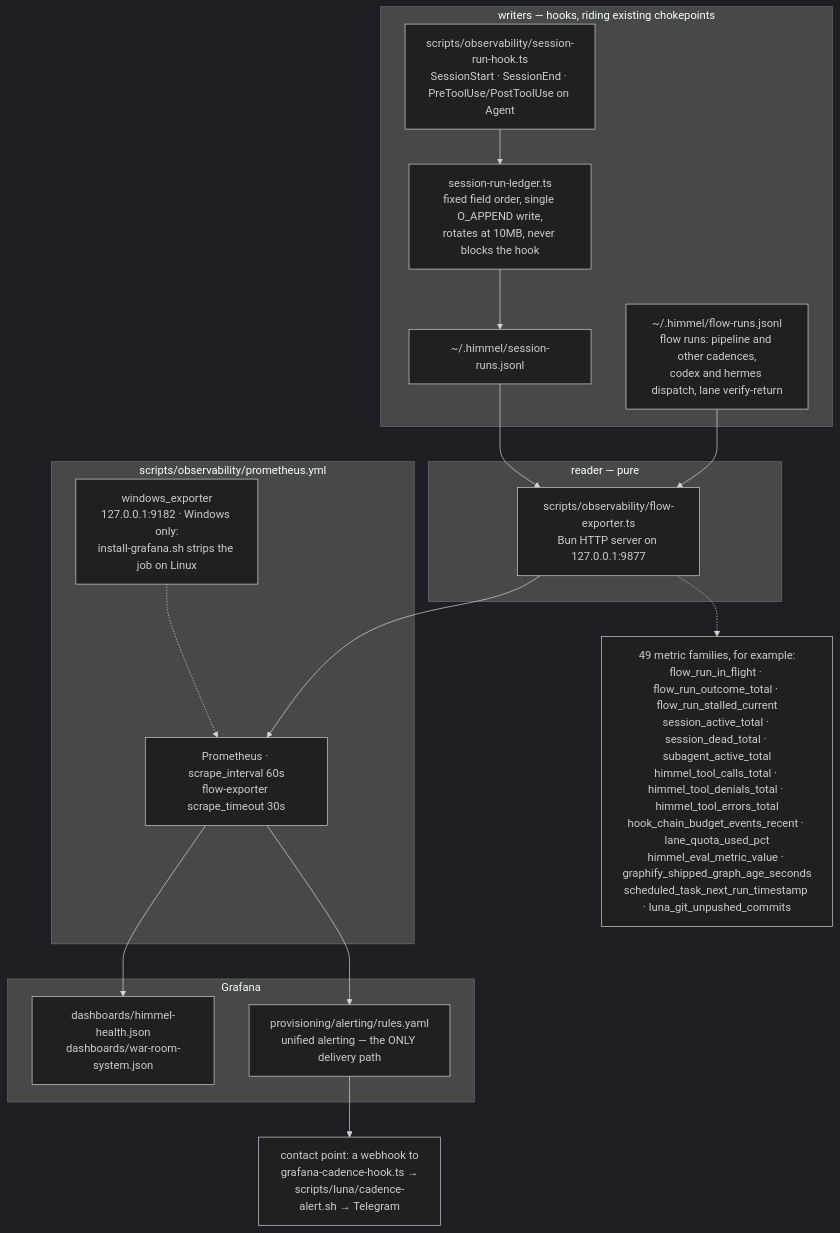
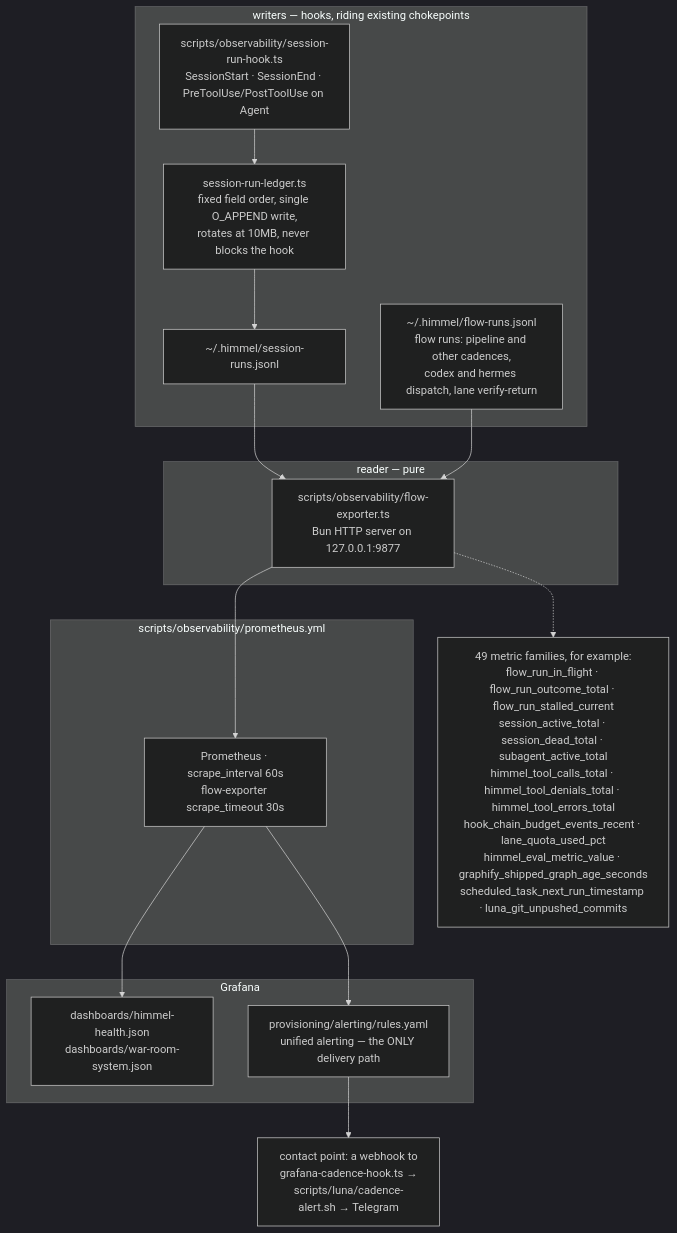
One commit to yotamleo-org/Himmel changed the fifth of 5 diagrams in docs/architecture.md. Above: the diagram before and after it, drawn with Mermaid (dark theme). The commit also changed 2 other files, not shown here.

Commit message:
docs: [HIMMEL-7481] configuration, architecture and end-session-wiki name only what is true today
Wave E of the docs truth audit. configuration.md: section 2.3 says every
typed auto op needs the global operator and which ops =1/all enables;
section 2.4 presents the external lanes as dormant, drops the GLM node and
the removed push-URL tripwire; Windows, PowerShell and schtasks mentions,
the dead GLM knobs and the GLM graphify opt-in are gone. architecture.md
drops the Windows-only exporter node. end-session-wiki.md drops the
PowerShell and Windows path guidance and names Claude 5 models.

````diff
--- a/docs/architecture.md
+++ b/docs/architecture.md
@@ -278,34 +278,32 @@
 ```mermaid
 flowchart TD
     subgraph WRITE["writers — hooks, riding existing chokepoints"]
         HK["scripts/observability/session-run-hook.ts<br/>SessionStart · SessionEnd · PreToolUse/PostToolUse on Agent"]
         SL["session-run-ledger.ts<br/>fixed field order, single O_APPEND write,<br/>rotates at 10MB, never blocks the hook"]
         LED["~/.himmel/session-runs.jsonl"]
         FLOW["~/.himmel/flow-runs.jsonl<br/>flow runs: pipeline and other cadences,<br/>codex and hermes dispatch, lane verify-return"]
         HK --> SL --> LED
     end
 
     subgraph READ["reader — pure"]
         EXP["scripts/observability/flow-exporter.ts<br/>Bun HTTP server on 127.0.0.1:9877"]
         LED --> EXP
         FLOW --> EXP
     end
 
     subgraph SCRAPE["scripts/observability/prometheus.yml"]
         PROM["Prometheus · scrape_interval 60s<br/>flow-exporter scrape_timeout 30s"]
-        WEXP["windows_exporter<br/>127.0.0.1:9182 · Windows only:<br/>install-grafana.sh strips the job on Linux"]
         EXP --> PROM
-        WEXP -.-> PROM
     end
 
     subgraph VIEW["Grafana"]
         DASH["dashboards/himmel-health.json<br/>dashboards/war-room-system.json"]
         ALERT["provisioning/alerting/rules.yaml<br/>unified alerting — the ONLY delivery path"]
         PROM --> DASH
         PROM --> ALERT
     end
 
     ALERT --> TG["contact point: a webhook to<br/>grafana-cadence-hook.ts →<br/>scripts/luna/cadence-alert.sh → Telegram"]
 
     EXP -.-> M["49 metric families, for example:<br/>flow_run_in_flight · flow_run_outcome_total · flow_run_stalled_current<br/>session_active_total · session_dead_total · subagent_active_total<br/>himmel_tool_calls_total · himmel_tool_denials_total · himmel_tool_errors_total<br/>hook_chain_budget_events_recent · lane_quota_used_pct<br/>himmel_eval_metric_value · graphify_shipped_graph_age_seconds<br/>scheduled_task_next_run_timestamp · luna_git_unpushed_commits"]
 ```
````
